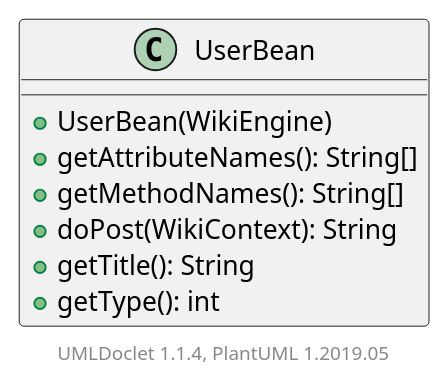
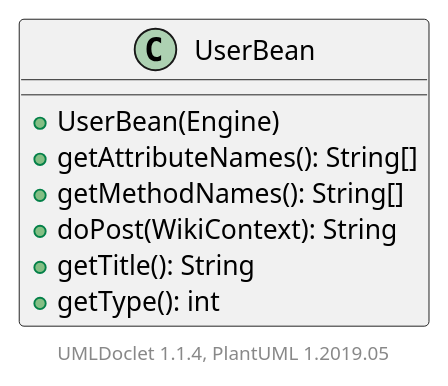
The diagram in apidocs/2.11.0.M7-SNAPSHOT/org/apache/wiki/ui/admin/beans/UserBean.puml (apache/jspwiki-site), drawn with PlantUML before and after one commit. The commit also changed 1463 other files, not shown here.

```diff
--- a/apidocs/2.11.0.M7-SNAPSHOT/org/apache/wiki/ui/admin/beans/UserBean.puml
+++ b/apidocs/2.11.0.M7-SNAPSHOT/org/apache/wiki/ui/admin/beans/UserBean.puml
@@ -1,14 +1,14 @@
 @startuml
 
     class UserBean [[UserBean.html]] {
-        +UserBean(WikiEngine)
+        +UserBean(Engine)
         +getAttributeNames(): String[]
         +getMethodNames(): String[]
         +doPost(WikiContext): String
         +getTitle(): String
         +getType(): int
     }
 
 
     center footer UMLDoclet 1.1.4, PlantUML 1.2019.05
 @enduml
```
